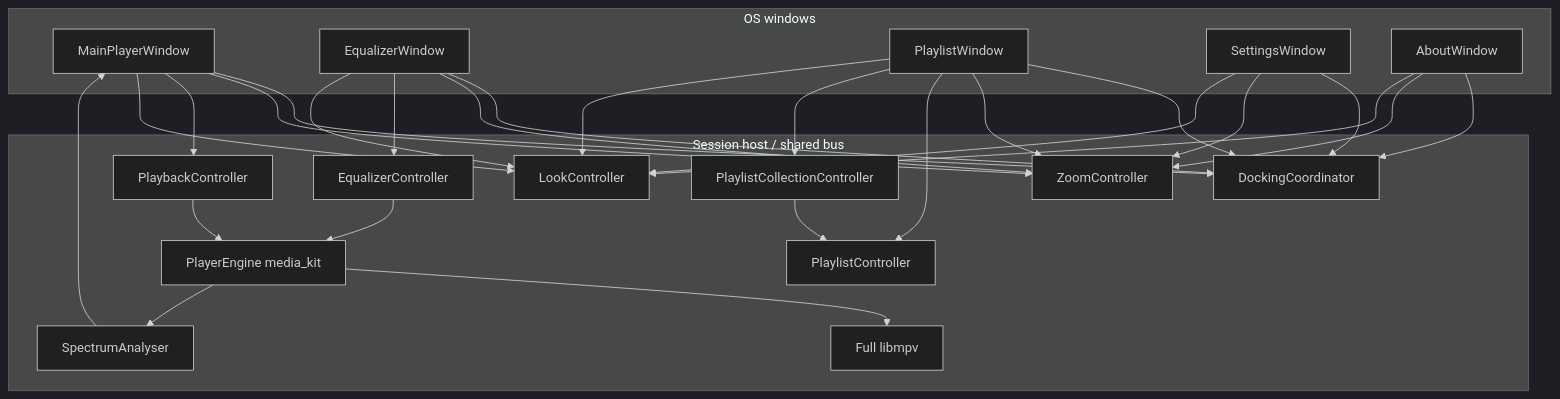
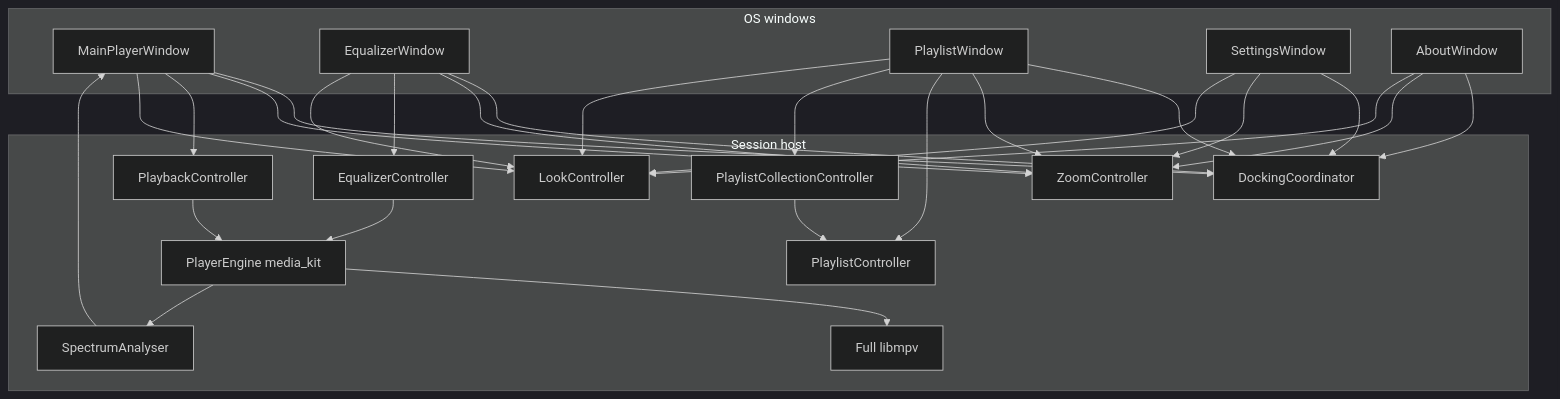
One commit to eliranbenishai/aoide changed the second of 2 diagrams in docs/architecture.md. Above: the diagram before and after it, drawn with Mermaid (dark theme). The commit also changed other lines of this file and 19 other files, not shown here.

````diff
--- a/docs/architecture.md
+++ b/docs/architecture.md
@@ -45,47 +45,47 @@
 ```mermaid
 flowchart TB
   subgraph windows [OS windows]
     Main[MainPlayerWindow]
     Eq[EqualizerWindow]
     Pl[PlaylistWindow]
     Set[SettingsWindow]
     About[AboutWindow]
   end
-  subgraph session [Session host / shared bus]
+  subgraph session [Session host]
     Dock[DockingCoordinator]
     Zoom[ZoomController]
     Play[PlaybackController]
     List[PlaylistController]
     Coll[PlaylistCollectionController]
     EqCtl[EqualizerController]
     Look[LookController]
     Eng[PlayerEngine media_kit]
     Mpv[Full libmpv]
     Spec[SpectrumAnalyser]
   end
   Main --> Dock
   Eq --> Dock
   Pl --> Dock
   Set --> Dock
   About --> Dock
   Main --> Zoom
   Eq --> Zoom
   Pl --> Zoom
   Set --> Zoom
   About --> Zoom
   Main --> Play
   Pl --> List
   Pl --> Coll
   Coll --> List
   Eq --> EqCtl
   Main --> Look
   Eq --> Look
   Pl --> Look
   Set --> Look
   About --> Look
   Play --> Eng
   EqCtl --> Eng
   Eng --> Mpv
   Spec --> Main
   Eng --> Spec
 ```
````
